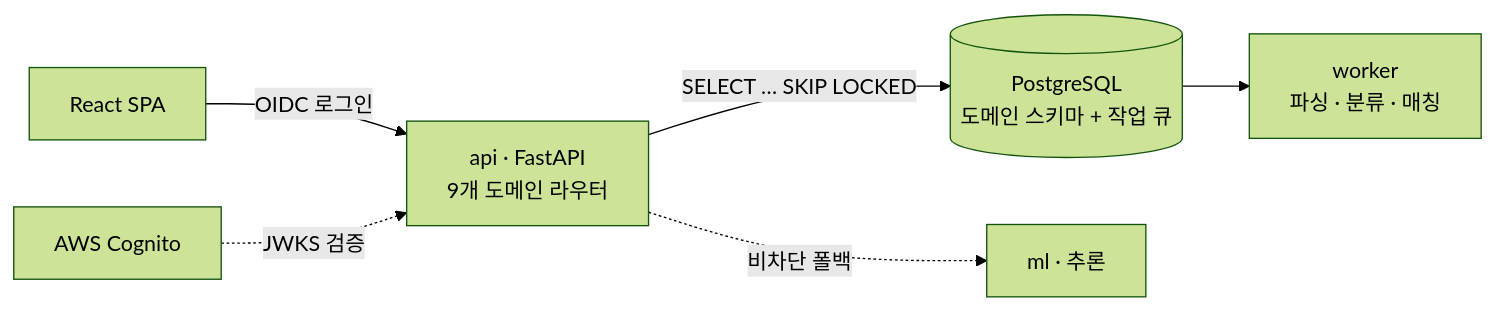
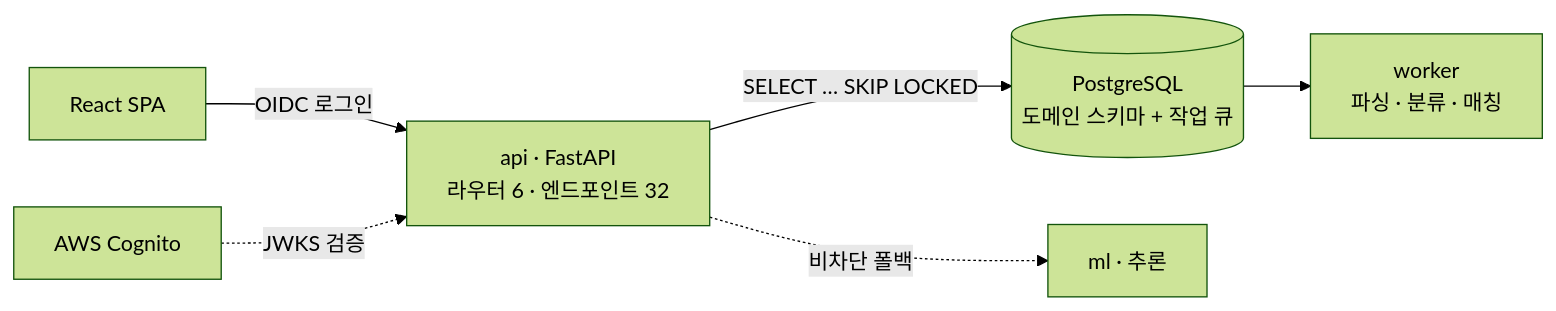
One commit to jiyean99/jiyean99 changed the first of 12 diagrams in docs/experience.md. Above: the diagram before and after it, drawn with Mermaid (forest theme). The commit also changed other lines of this file and 3 other files, not shown here.

````diff
--- a/docs/experience.md
+++ b/docs/experience.md
@@ -56,8 +56,8 @@
 ```mermaid
 flowchart LR
-  FE["React SPA"] -->|"OIDC 로그인"| API["api · FastAPI<br/>9개 도메인 라우터"]
+  FE["React SPA"] -->|"OIDC 로그인"| API["api · FastAPI<br/>라우터 6 · 엔드포인트 32"]
   Cognito["AWS Cognito"] -.->|"JWKS 검증"| API
   API -->|"SELECT … SKIP LOCKED"| DB[("PostgreSQL<br/>도메인 스키마 + 작업 큐")]
   DB --> W["worker<br/>파싱 · 분류 · 매칭"]
   API -.->|"비차단 폴백"| ML["ml · 추론"]
 ```
````
